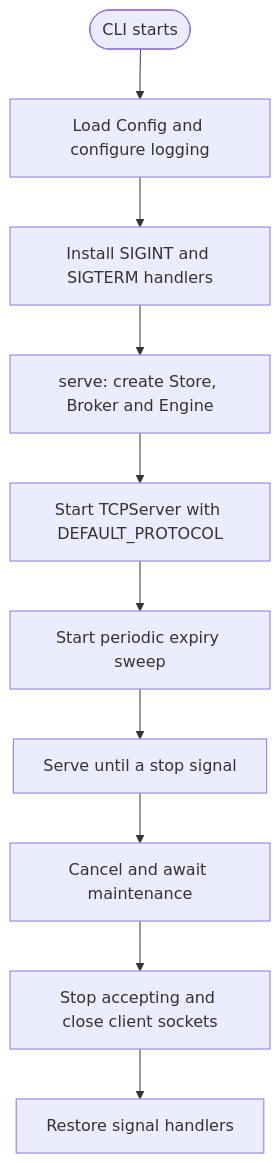
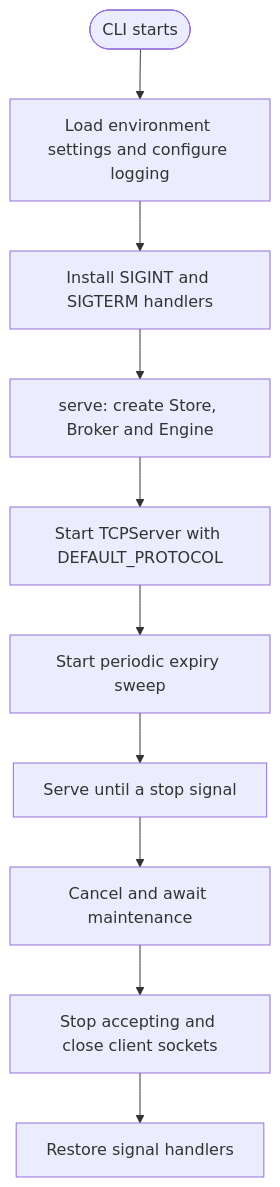
The fifth of 6 diagrams in README.md (gchape/velis), drawn with Mermaid before and after one commit. The commit also changed other lines of this file and 1 other file, not shown here.

````diff
--- a/README.md
+++ b/README.md
@@ -282,12 +281,12 @@
 ```mermaid
 flowchart TD
-    start(["CLI starts"]) --> load["Load Config and configure logging"]
+    start(["CLI starts"]) --> load["Load environment settings and configure logging"]
     load --> signals["Install SIGINT and SIGTERM handlers"]
     signals --> engine["serve: create Store, Broker and Engine"]
     engine --> server["Start TCPServer with DEFAULT_PROTOCOL"]
     server --> maintenance["Start periodic expiry sweep"]
     maintenance --> run["Serve until a stop signal"]
     run --> cancel["Cancel and await maintenance"]
     cancel --> close["Stop accepting and close client sockets"]
     close --> restore["Restore signal handlers"]
 ```
````
